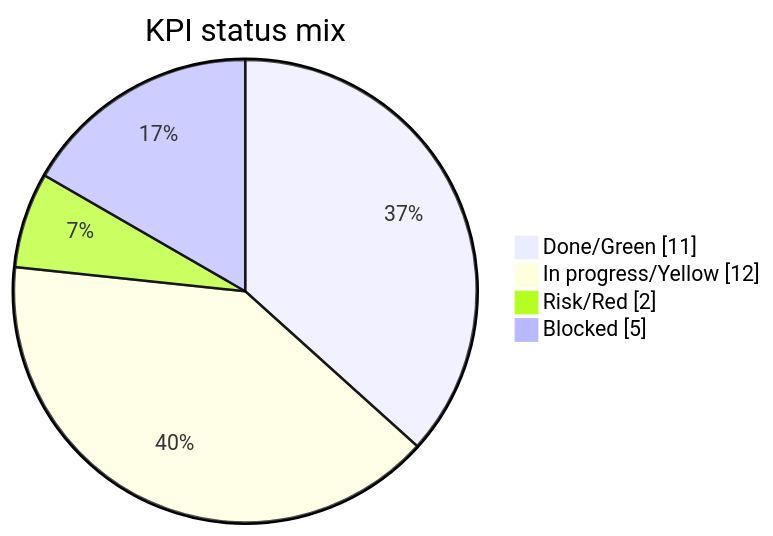
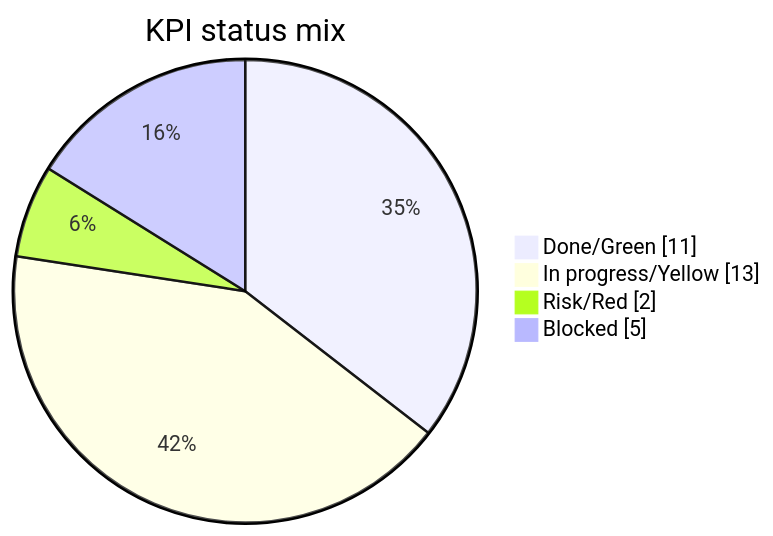
One commit to AliHamed17/vego-ai-research changed the first of 7 diagrams in docs/confluence/outbox/vego-ai-progress-dashboard.md. Above: the diagram before and after it, drawn with Mermaid. The commit also changed other lines of this file and 14 other files, not shown here.

````diff
--- a/docs/confluence/outbox/vego-ai-progress-dashboard.md
+++ b/docs/confluence/outbox/vego-ai-progress-dashboard.md
@@ -154,8 +155,8 @@
 ```mermaid
 pie showData
     title KPI status mix
     "Done/Green" : 11
-    "In progress/Yellow" : 12
+    "In progress/Yellow" : 13
     "Risk/Red" : 2
     "Blocked" : 5
 ```
````
